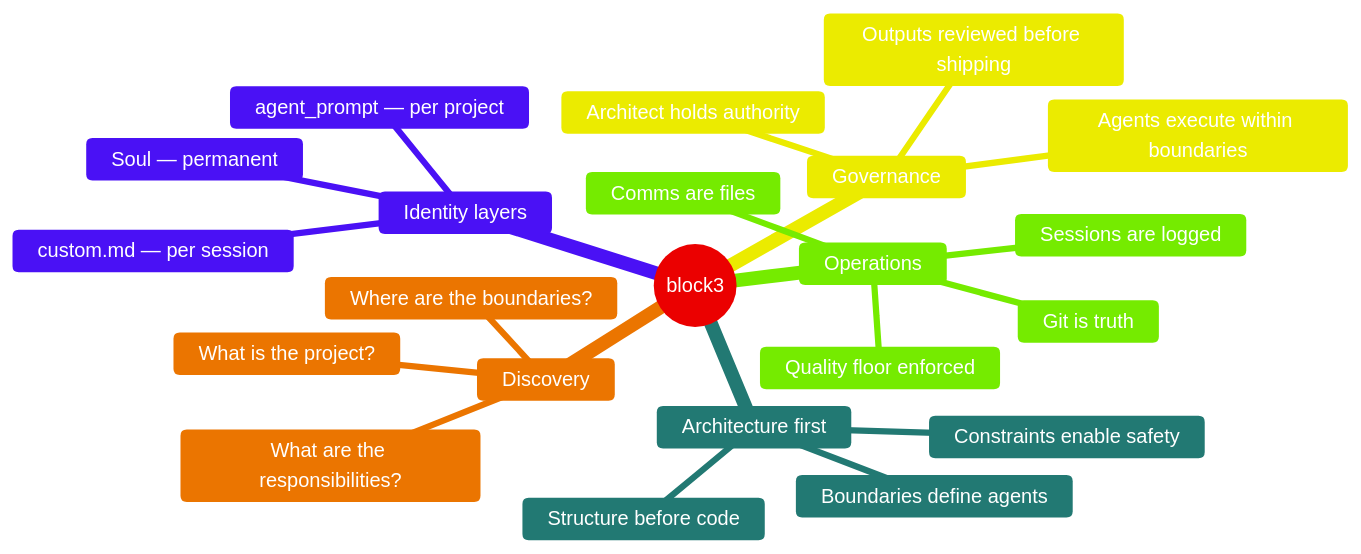
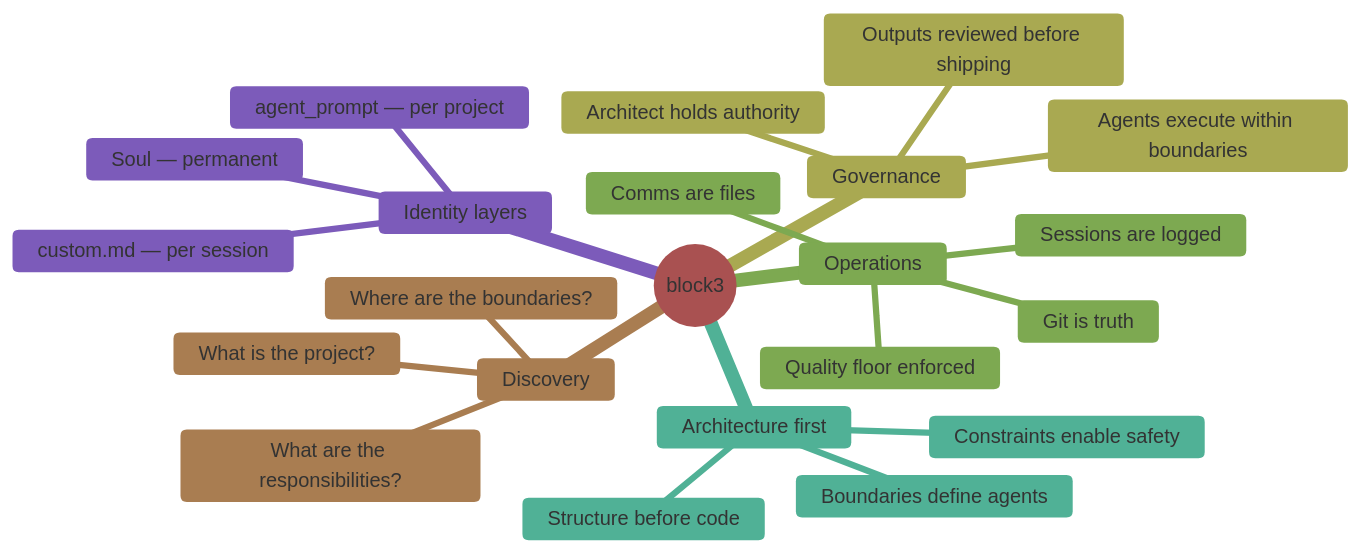
One commit to block3-io/block3-start changed the fifth of 5 diagrams in README.md. Above: the diagram before and after it, drawn with Mermaid.

Commit message:
Mindmap colors — pastel palette instead of neon

````diff
--- a/README.md
+++ b/README.md
@@ -189,26 +189,26 @@
 ```mermaid
-%%{init: {'theme': 'base', 'themeVariables': {'primaryColor': '#ff6b6b', 'secondaryColor': '#4ecdc4', 'tertiaryColor': '#a78bfa', 'primaryTextColor': '#fff', 'secondaryTextColor': '#fff', 'tertiaryTextColor': '#fff', 'lineColor': '#ccc'}}}%%
+%%{init: {'theme': 'base', 'themeVariables': {'primaryColor': '#d4a5a5', 'secondaryColor': '#a8d8cb', 'tertiaryColor': '#c4b5e0', 'primaryTextColor': '#333', 'secondaryTextColor': '#333', 'tertiaryTextColor': '#333', 'lineColor': '#bbb'}}}%%
 mindmap
   root((block3))
     Architecture first
       Structure before code
       Constraints enable safety
       Boundaries define agents
     Identity layers
       Soul — permanent
       agent_prompt — per project
       custom.md — per session
     Discovery
       What is the project?
       What are the responsibilities?
       Where are the boundaries?
     Governance
       Architect holds authority
       Agents execute within boundaries
       Outputs reviewed before shipping
     Operations
       Git is truth
       Comms are files
       Sessions are logged
       Quality floor enforced
 ```
````
